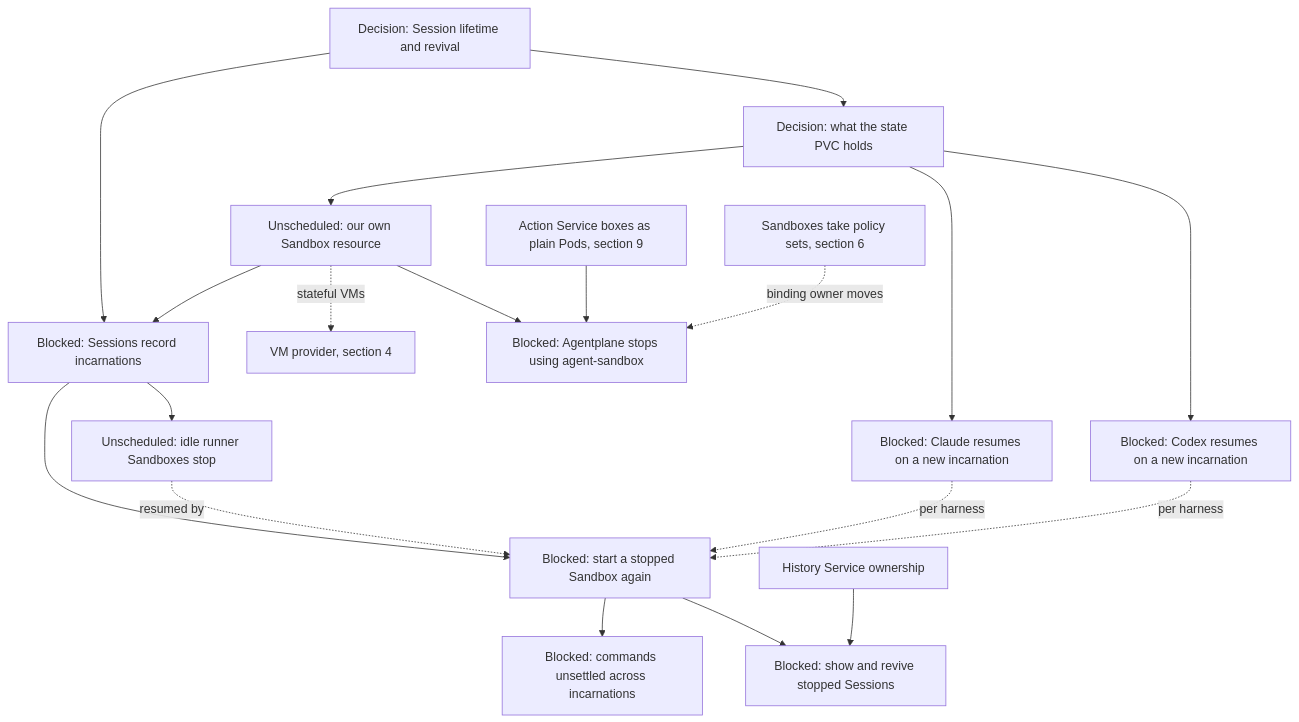
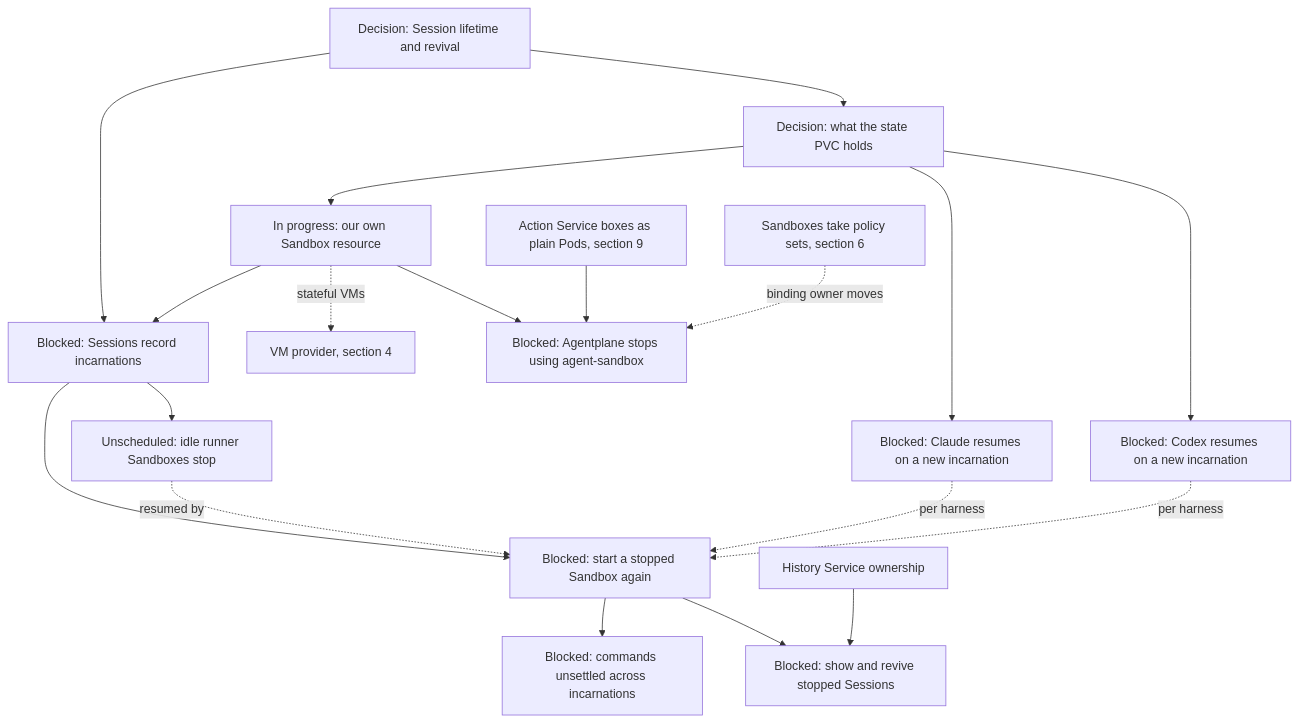
Before and after one commit to agentydragon-agent/ducktape: the tenth of 15 diagrams in agentplane/plans/task_dag.md, drawn with Mermaid. The commit also changed other lines of this file and 22 other files, not shown here.

````diff
--- a/agentplane/plans/task_dag.md
+++ b/agentplane/plans/task_dag.md
@@ -620,32 +620,32 @@
 ```mermaid
 flowchart TD
     DURABLE_SESSION_LIFECYCLE[Decision: Session lifetime and revival]
     SESSION_STATE_VOLUME_DESIGN[Decision: what the state PVC holds]
-    AGENTPLANE_SANDBOX_RESOURCE[Unscheduled: our own Sandbox resource]
+    AGENTPLANE_SANDBOX_RESOURCE[In progress: our own Sandbox resource]
     CLAUDE_PORTABLE_STATE[Blocked: Claude resumes on a new incarnation]
     CODEX_PORTABLE_STATE[Blocked: Codex resumes on a new incarnation]
     SESSION_INCARNATIONS[Blocked: Sessions record incarnations]
     SESSION_REVIVE[Blocked: start a stopped Sandbox again]
     THREAD_SUCCESSOR_DELIVERY[Blocked: commands unsettled across incarnations]
     HOSTED_THREAD_SURFACES[Blocked: show and revive stopped Sessions]
     HISTORY_SERVICE_OWNERSHIP[History Service ownership]
     VM_PROVIDER[VM provider, section 4]
     DURABLE_SESSION_LIFECYCLE --> SESSION_STATE_VOLUME_DESIGN
     DURABLE_SESSION_LIFECYCLE --> SESSION_INCARNATIONS
     SESSION_STATE_VOLUME_DESIGN --> AGENTPLANE_SANDBOX_RESOURCE
     SESSION_STATE_VOLUME_DESIGN --> CLAUDE_PORTABLE_STATE
     SESSION_STATE_VOLUME_DESIGN --> CODEX_PORTABLE_STATE
     AGENTPLANE_SANDBOX_RESOURCE --> SESSION_INCARNATIONS
     AGENTPLANE_SANDBOX_RESOURCE --> AGENT_SANDBOX_RETIRE[Blocked: Agentplane stops using agent-sandbox]
     ACTION_SANDBOX_PODS[Action Service boxes as plain Pods, section 9] --> AGENT_SANDBOX_RETIRE
     POLICY_SANDBOX_CUTOVER[Sandboxes take policy sets, section 6] -. binding owner moves .-> AGENT_SANDBOX_RETIRE
     AGENTPLANE_SANDBOX_RESOURCE -. stateful VMs .-> VM_PROVIDER
     SESSION_INCARNATIONS --> SESSION_REVIVE
     SESSION_INCARNATIONS --> SANDBOX_IDLE_EXPIRY[Unscheduled: idle runner Sandboxes stop]
     SANDBOX_IDLE_EXPIRY -. resumed by .-> SESSION_REVIVE
     CLAUDE_PORTABLE_STATE -. per harness .-> SESSION_REVIVE
     CODEX_PORTABLE_STATE -. per harness .-> SESSION_REVIVE
     SESSION_REVIVE --> THREAD_SUCCESSOR_DELIVERY
     SESSION_REVIVE --> HOSTED_THREAD_SURFACES
     HISTORY_SERVICE_OWNERSHIP --> HOSTED_THREAD_SURFACES
 ```
````
